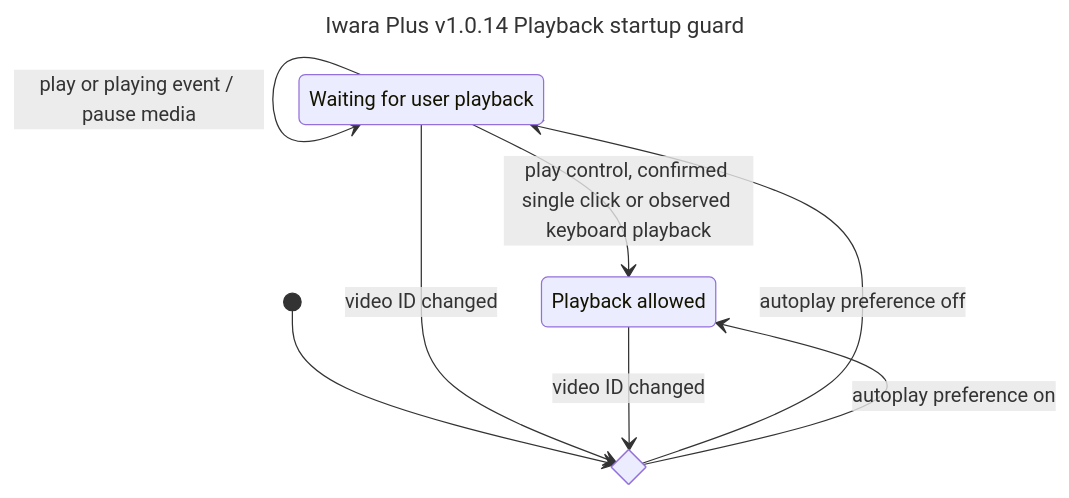
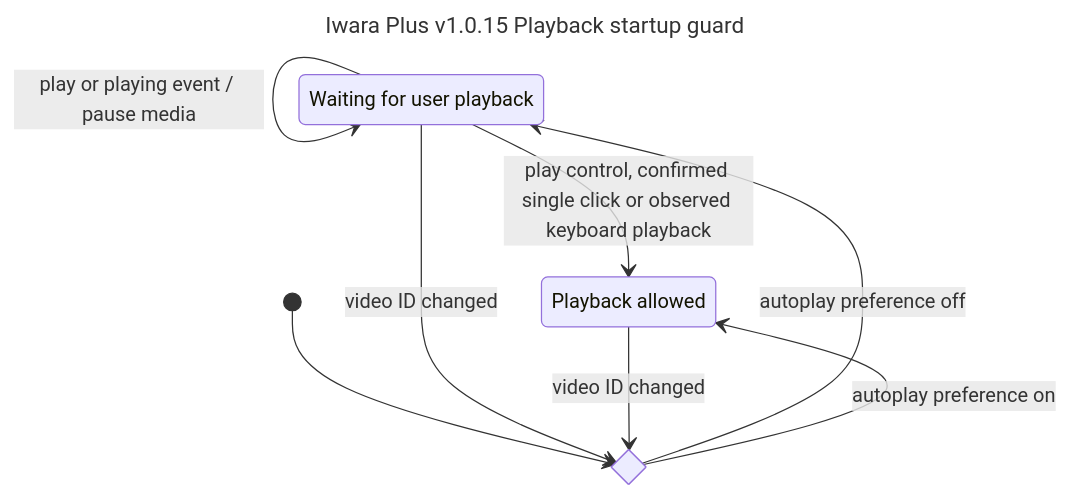
Before and after one commit to lhYanghc/iwara-plus: the third of 6 diagrams in docs/architecture.md, drawn with Mermaid. The commit also changed other lines of this file and 7 other files, not shown here.

````diff
--- a/docs/architecture.md
+++ b/docs/architecture.md
@@ -103,16 +106,16 @@
 ```mermaid
 ---
-title: Iwara Plus v1.0.14 Playback startup guard
+title: Iwara Plus v1.0.15 Playback startup guard
 ---
 stateDiagram-v2
     state "Waiting for user playback" as Guarded
     state "Playback allowed" as Allowed
     state Choice <<choice>>
     [*] --> Choice
     Choice --> Guarded : autoplay preference off
     Choice --> Allowed : autoplay preference on
     Guarded --> Guarded : play or playing event / pause media
     Guarded --> Allowed : play control, confirmed single click or observed keyboard playback
     Guarded --> Choice : video ID changed
     Allowed --> Choice : video ID changed
 ```
````
